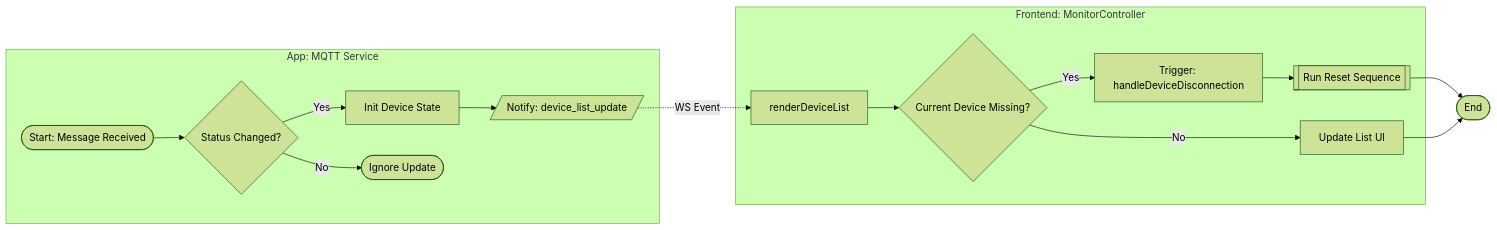
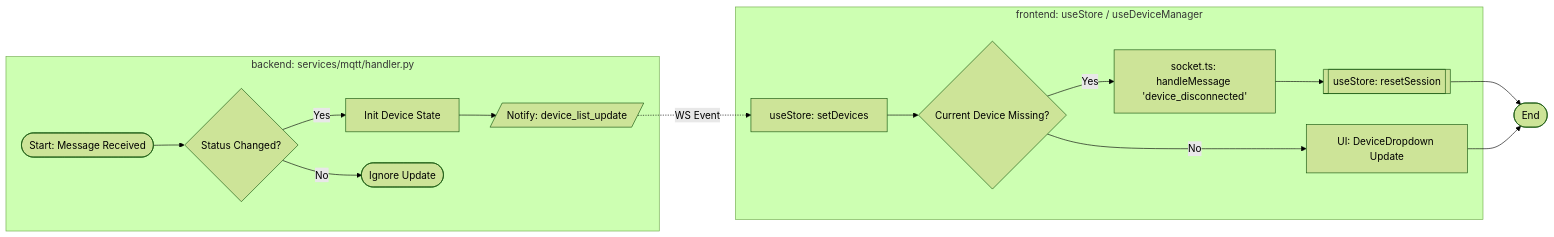
Before and after one commit to affanrk/ecg-puskesmas: the fourth of 11 diagrams in SYSTEM_FLOWS.md, drawn with Mermaid (forest theme). The commit also changed other lines of this file and 176 other files, not shown here.

Commit message:
BE_FE: Separate Frontend & Backend, Framework FE -> Next.JS (UI), Backend-> FastAPI (Service for API & Websocket)

````diff
--- a/SYSTEM_FLOWS.md
+++ b/SYSTEM_FLOWS.md
@@ -161,24 +161,24 @@
 ```mermaid
 flowchart LR
     %% SWIMLANE: BACKEND
-    subgraph Backend_MQTT [App: MQTT Service]
+    subgraph Backend_MQTT [backend: services/mqtt/handler.py]
         MsgIn([Start: Message Received]) --> CheckStatus{Status Changed?}
         CheckStatus -- Yes --> InitDev[Init Device State]
         InitDev --> SendList[/Notify: device_list_update/]
         CheckStatus -- No --> Ignore([Ignore Update])
     end
 
     %% SWIMLANE: FRONTEND
-    subgraph Frontend_Logic [Frontend: MonitorController]
-        SendList -.->|WS Event| Render[renderDeviceList]
+    subgraph Frontend_Logic [frontend: useStore / useDeviceManager]
+        SendList -.->|WS Event| Render[useStore: setDevices]
         Render --> LoopCheck{Current Device Missing?}
         
-        LoopCheck -- Yes --> TriggerDisc[Trigger: handleDeviceDisconnection]
-        LoopCheck -- No --> UpdateUI[Update List UI]
+        LoopCheck -- Yes --> TriggerDisc[socket.ts: handleMessage 'device_disconnected']
+        LoopCheck -- No --> UpdateUI[UI: DeviceDropdown Update]
         
-        TriggerDisc --> ResetComp[[Run Reset Sequence]]
+        TriggerDisc --> ResetComp[[useStore: resetSession]]
     end
     
     ResetComp --> EndSync([End])
     UpdateUI --> EndSync
 ```
````
